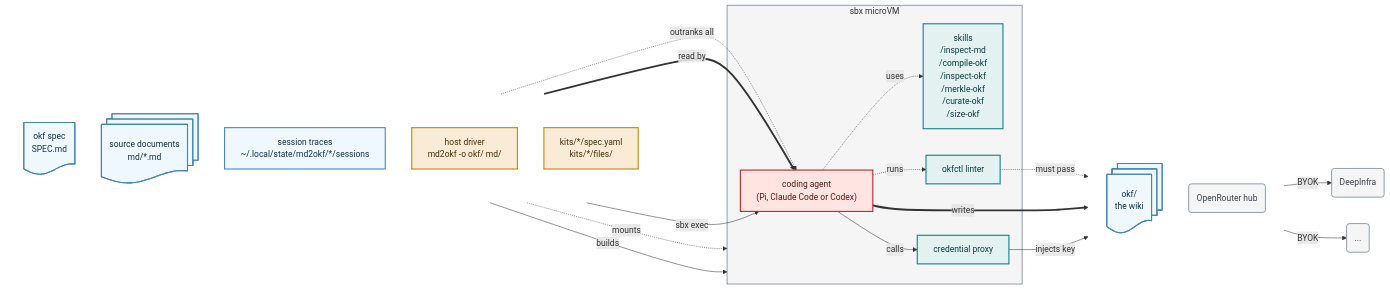
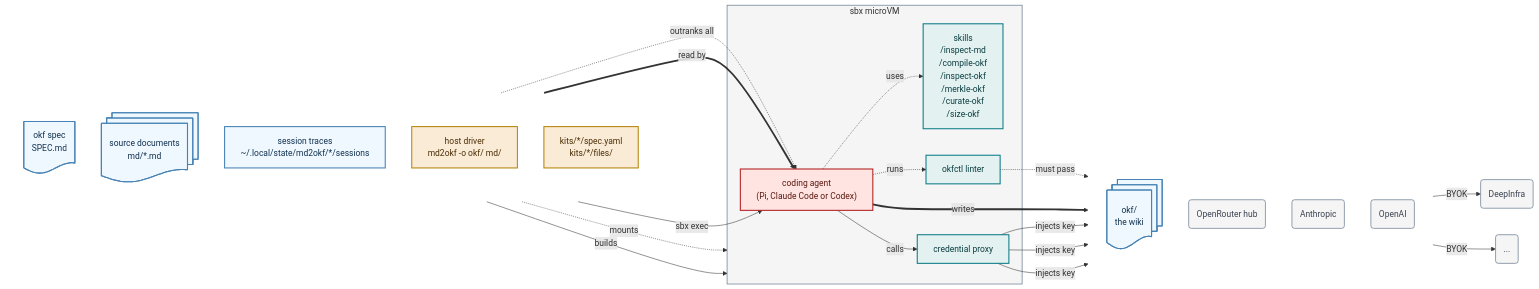
The diagram in README.md (lars20070/md2okf), drawn with Mermaid before and after one commit.

Commit message:
Add Anthropic and OpenAI

````diff
--- a/README.md
+++ b/README.md
@@ -25,54 +25,58 @@
 ```mermaid
 flowchart LR
   subgraph IN[" "]
     direction TB
     SPEC@{ shape: doc, label: "okf spec<br>SPEC.md"}
     MD@{ shape: docs, label: "source documents<br>md/*.md"}
     STATE["session traces<br/>~/.local/state/md2okf/*/sessions"]
     DRV["host driver<br>md2okf -o okf/ md/"]
     KIT["kits/*/spec.yaml<br/>kits/*/files/"]
   end
 
   subgraph VM["sbx microVM"]
     AGENT["coding agent<br/>(Pi, Claude Code or Codex)"]
     TOOLS["skills<br>/inspect-md<br/>/compile-okf<br/>/inspect-okf<br/>/merkle-okf<br/>/curate-okf<br/>/size-okf"]
     LINT["okfctl linter"]
     PROXY["credential proxy"]
   end
 
   subgraph OUT[" "]
     direction TB
     OKF@{ shape: docs, label: "okf/<br/>the wiki"}
     NET("OpenRouter hub")
+    ANTHROPIC("Anthropic")
+    OPENAI("OpenAI")
   end
   NET1("DeepInfra")
   NET2("...")
 
   SPEC -.->|"outranks all"| AGENT
   MD ==>|"read by"| AGENT
   STATE -.->|"mounts"| VM
   STATE ~~~ AGENT
   DRV -->|"sbx exec"| AGENT
   KIT -->|"builds"| VM
   AGENT -.->|"uses"| TOOLS
   AGENT -.->|"runs"| LINT
   LINT -.->|"must pass"| OKF
   AGENT ==>|"writes"| OKF
   AGENT -->|"calls"| PROXY
   PROXY -->|"injects key"| NET
+  PROXY -->|"injects key"| ANTHROPIC
+  PROXY -->|"injects key"| OPENAI
   NET -->|"BYOK"| NET1 & NET2
 
   classDef data    fill:aliceblue,stroke:steelblue,stroke-width:2px,color:#10314F
   classDef host    fill:antiquewhite,stroke:darkgoldenrod,stroke-width:2px,color:#4A2E05
   classDef helper  fill:#E3F2F1,stroke:#0E7C86,stroke-width:2px,color:#0B3D40
   classDef agent   fill:mistyrose,stroke:firebrick,stroke-width:2px,color:#5A1710
   classDef ext     fill:whitesmoke,stroke:lightslategray,stroke-width:1.5px,color:#3A4250
   class MD,SPEC,STATE,OKF data
   class KIT,DRV host
   class TOOLS,LINT,PROXY helper
   class AGENT agent
-  class NET,NET1,NET2 ext
+  class NET,ANTHROPIC,OPENAI,NET1,NET2 ext
   style VM fill:whitesmoke,stroke:lightslategray,stroke-width:1.5px
   style IN fill:none,stroke:none
   style OUT fill:none,stroke:none
 ```
````
